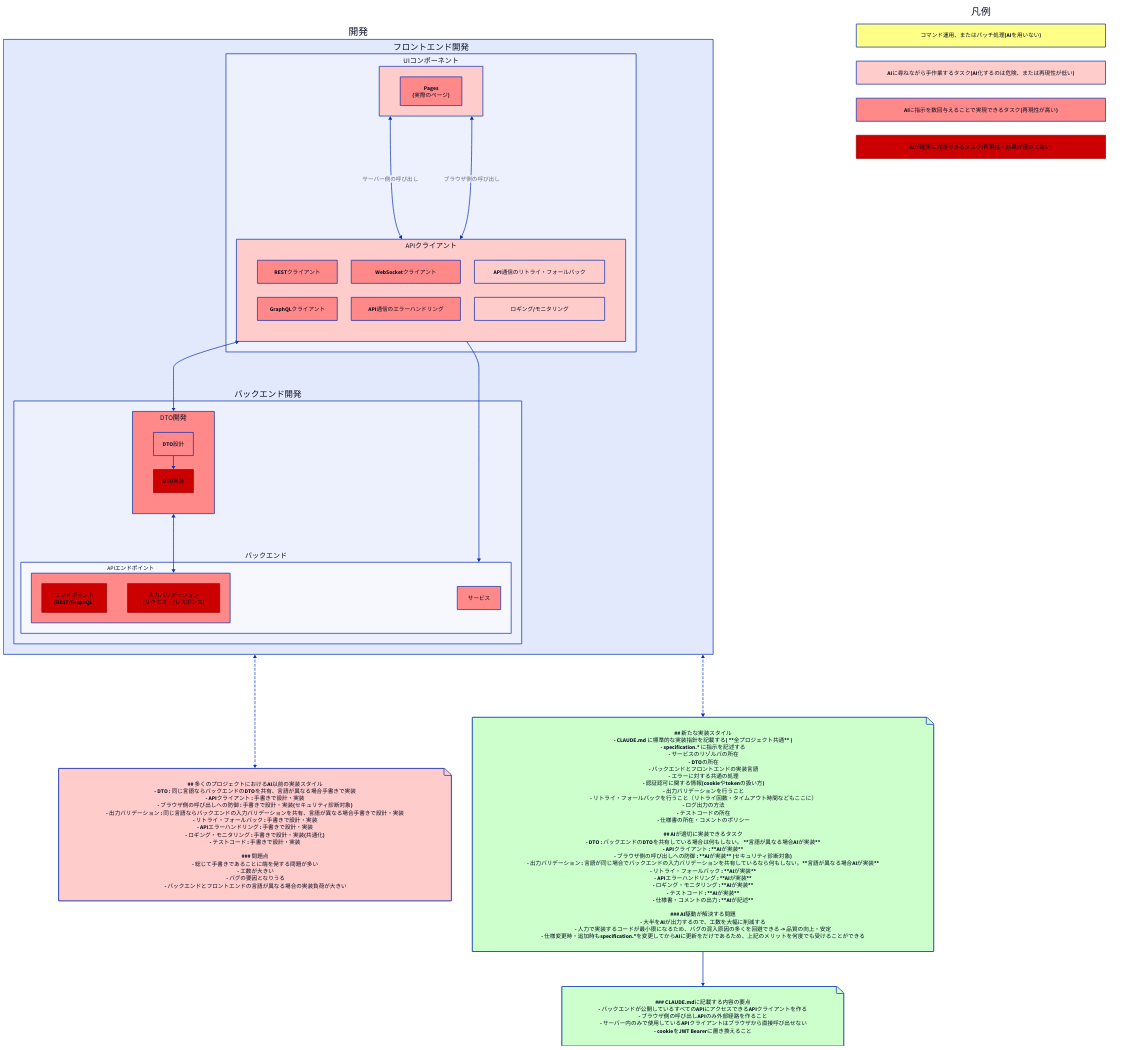
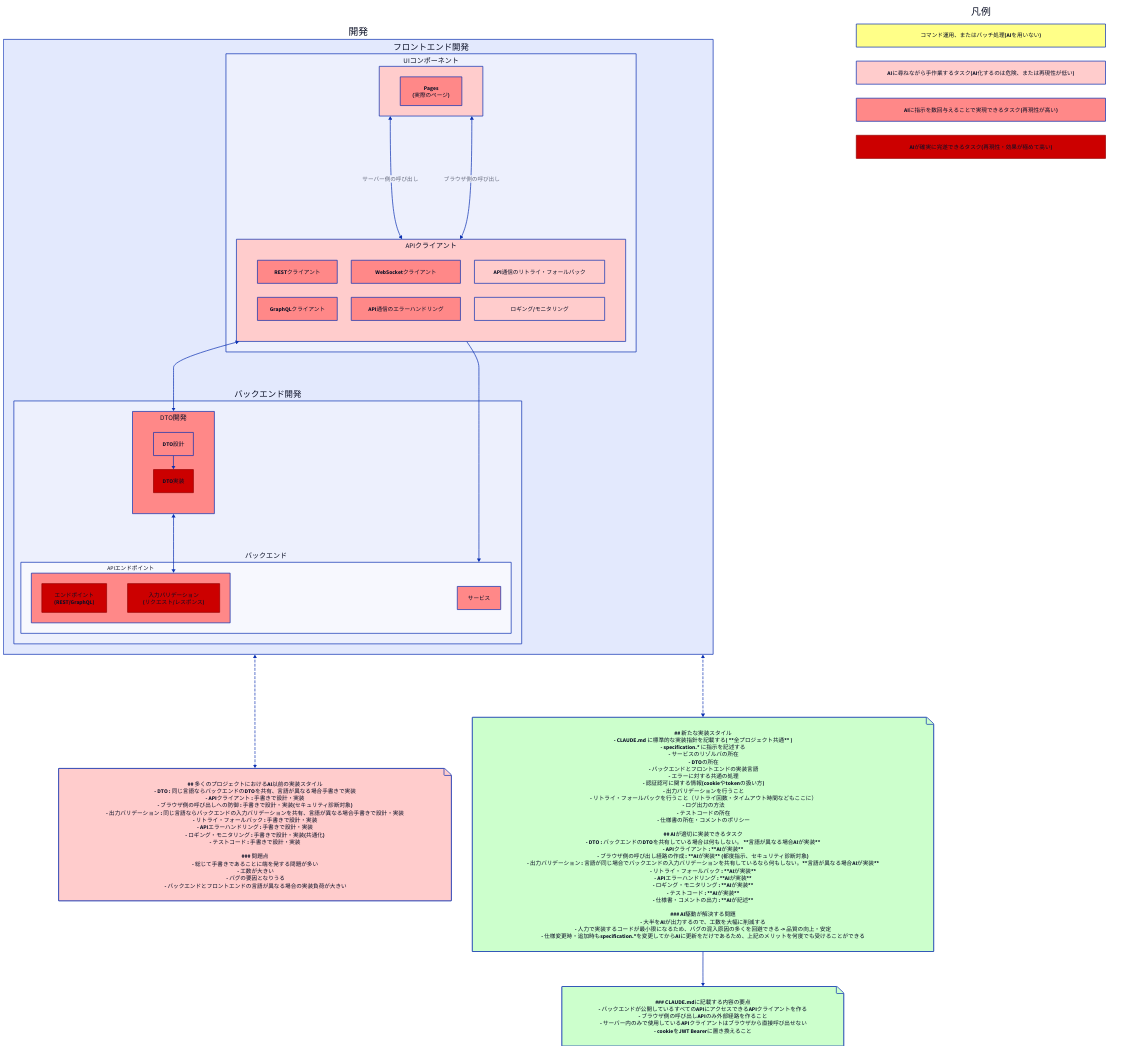
One commit to nenaaki/ai-effective-project changed the diagram in docs/problem-02/problem-02.d2. Above: the diagram before and after it, drawn with D2. The commit also changed 1 other file, not shown here.

```diff
--- a/docs/problem-02/problem-02.d2
+++ b/docs/problem-02/problem-02.d2
@@ -1,189 +1,189 @@
 classes: {
   command: {
     style: {
       fill: "#ffff88"
     }
   }
   ai-effective-weak: {
     style: {
       fill: "#ffcccc"
     }
   }
   ai-effective: {
     style: {
       fill: "#ff8888"
     }
   }
   ai-effective-strong: {
     style: {
       fill: "#cc0000"
       stroke: "#990000"
       stroke-width: 2
     }
   }
 }
 
 development {
   label: "開発"
   frontend-development {
     label: "フロントエンド開発"
 
     ui-components {
       label: "UIコンポーネント"
       class: ai-effective-weak
       pages: "Pages\n(実際のページ)" { class: ai-effective }
 
     }
     api-client {
       label: "APIクライアント"
       grid-columns: 3
       class: ai-effective-weak
       "RESTクライアント" { class: ai-effective }
       "GraphQLクライアント" { class: ai-effective }
       "WebSocketクライアント" { class: ai-effective }
       "API通信のエラーハンドリング" { class: ai-effective }
       "API通信のリトライ・フォールバック" { class: ai-effective-weak }
       "ロギング/モニタリング" { class: ai-effective-weak }
     }
 
     ui-components <-> api-client: "サーバー側の呼び出し" 
     ui-components <-> api-client: "ブラウザ側の呼び出し" 
   }
 
   # バックエンド開発
   backend-development {
     label: "バックエンド開発"
 
     dto-development {
       label: "DTO開発"
       class: ai-effective
       grid-columns: 1
       dto-design: "DTO設計" { class: ai-effective }
       dto-implementation: "DTO実装" { class: ai-effective-strong }
 
       dto-design -> dto-implementation
     }
 
     backend {
       label: "バックエンド"
       
       api {
         label: "APIエンドポイント"
         class: ai-effective
         endpoints: "エンドポイント\n(REST/GraphQL)" { class: ai-effective-strong }
         validation: "入力バリデーション\n(リクエスト/レスポンス)" { class: ai-effective-strong }
       }
       service-definition {
         label: "サービス"
         class: ai-effective
       }
     }
   }
 
   # developmentの依存関係
   frontend-development.api-client <-> backend-development.dto-development
   backend-development.dto-development <-> backend-development.backend.api
 
   frontend-development.api-client -> backend-development.backend
 }
 
 "凡例": {
   label: "凡例"
   style: {
     fill: "#ffffff"
     stroke: "#000000"
     stroke-width: 0
   }
   grid-rows: 4
     command: "コマンド運用、またはバッチ処理(AIを用いない)" { class: command }
     ai-effective-weak: "AIに尋ねながら手作業するタスク(AI化するのは危険、または再現性が低い)" { class: ai-effective-weak }
     ai-effective: "AIに指示を数回与えることで実現できるタスク(再現性が高い)" { class: ai-effective }
     ai-effective-strong: "AIが確実に完遂できるタスク(再現性・効果が極めて高い)" { class: ai-effective-strong }
 }
 
 asis: |md
 ## 多くのプロジェクトにおけるAI以前の実装スタイル
 - DTO : 同じ言語ならバックエンドのDTOを共有、言語が異なる場合手書きで実装
 - APIクライアント : 手書きで設計・実装
 - ブラウザ側の呼び出しへの防御 : 手書きで設計・実装(セキュリティ診断対象)
 - 出力バリデーション : 同じ言語ならバックエンドの入力バリデーションを共有、言語が異なる場合手書きで設計・実装
 - リトライ・フォールバック : 手書きで設計・実装
 - APIエラーハンドリング : 手書きで設計・実装
 - ロギング・モニタリング : 手書きで設計・実装(共通化)
 - テストコード : 手書きで設計・実装
 
 ### 問題点
 - 総じて手書きであることに端を発する問題が多い
   - 工数が大きい
   - バグの要因となりうる
   - バックエンドとフロントエンドの言語が異なる場合の実装負荷が大きい
 |
 
 asis.shape: page
 asis.style: {
   fill: "#ffcccc"
 }
 
 tobe: |md
 ## 新たな実装スタイル
 - CLAUDE.md に標準的な実装指針を記載する( **全プロジェクト共通** )
 - specification.* に指示を記述する
   - サービスのリゾルバの所在
   - DTOの所在
   - バックエンドとフロントエンドの実装言語
   - エラーに対する共通の処理
   - 認証認可に関する情報(cookieやtokenの扱い方)
   - 出力バリデーションを行うこと
   - リトライ・フォールバックを行うこと（リトライ回数・タイムアウト時間などもここに）
   - ログ出力の方法
   - テストコードの所在
   - 仕様書の所在・コメントのポリシー
 
 ## AIが適切に実装できるタスク
 - DTO : バックエンドのDTOを共有している場合は何もしない。 **言語が異なる場合AIが実装**
 - APIクライアント : **AIが実装**
-- ブラウザ側の呼び出しへの防御 : **AIが実装** (セキュリティ診断対象)
+- ブラウザ側の呼び出し経路の作成 : **AIが実装** (都度指示、セキュリティ診断対象)
 - 出力バリデーション : 言語が同じ場合でバックエンドの入力バリデーションを共有しているなら何もしない。**言語が異なる場合AIが実装**
 - リトライ・フォールバック : **AIが実装**
 - APIエラーハンドリング : **AIが実装**
 - ロギング・モニタリング : **AIが実装**
 - テストコード : **AIが実装**
 - 仕様書・コメントの出力 : **AIが記述**
 
 ### AI駆動が解決する問題
 - 大半をAIが出力するので、工数を大幅に削減する
 - 人力で実装するコードが最小限になるため、バグの混入原因の多くを回避できる -> 品質の向上・安定
 - 仕様変更時・追加時もspecification.*を変更してからAIに更新をだけであるため、上記のメリットを何度でも受けることができる
 |
 
 tobe.shape: page
 tobe.style: {
   fill: "#ccffcc"
 }
 
 claude-md: |md
 ### CLAUDE.mdに記載する内容の要点
 - バックエンドが公開しているすべてのAPIにアクセスできるAPIクライアントを作る
 - ブラウザ側の呼び出しAPIのみ外部経路を作ること
   - サーバー内のみで使用しているAPIクライアントはブラウザから直接呼び出せない
 - cookieをJWT Bearerに置き換えること
 |
 
 claude-md.shape: page
 claude-md.style: {
   fill: "#ccffcc"
 }
 
 
 # 点線でつなぐ（吹き出しの引き出し線風）
 development <-> asis: {
   style: {
     stroke-dash: 3
   }
 }
 development <-> tobe: {
   style: {
     stroke-dash: 3
   }
 }
 tobe -> claude-md
```
